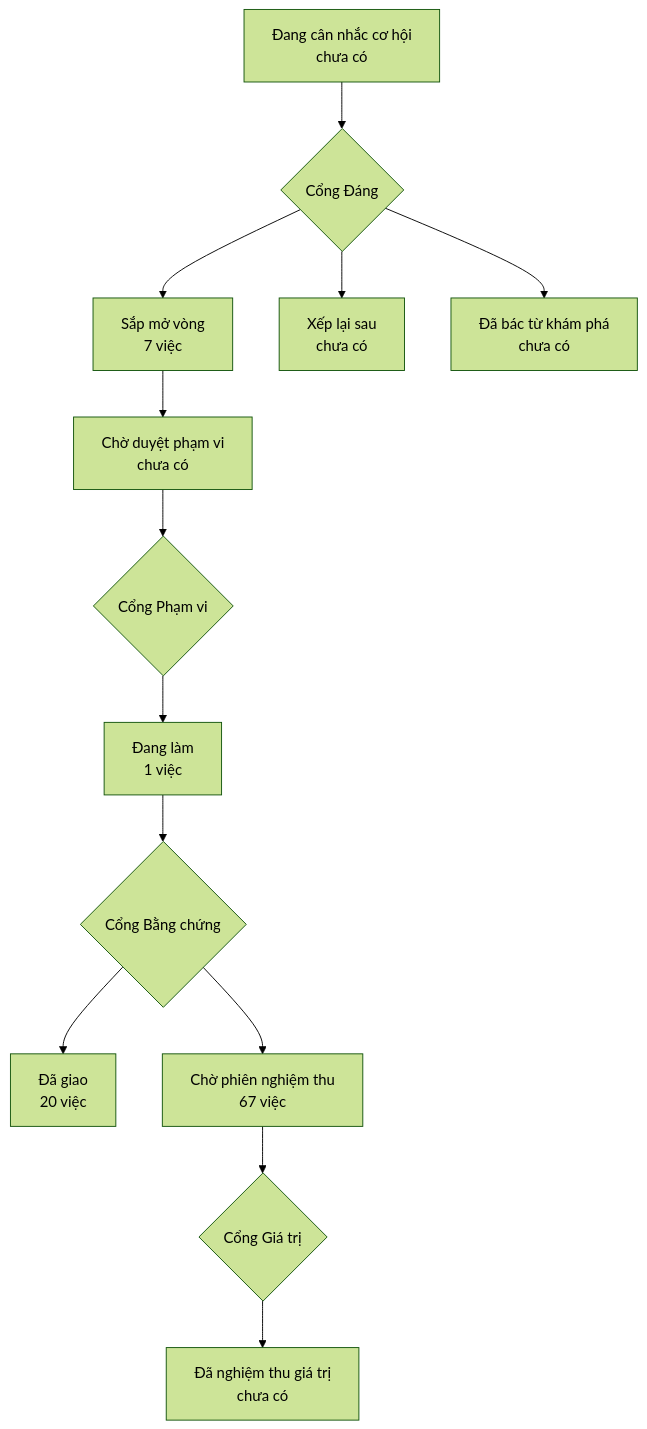
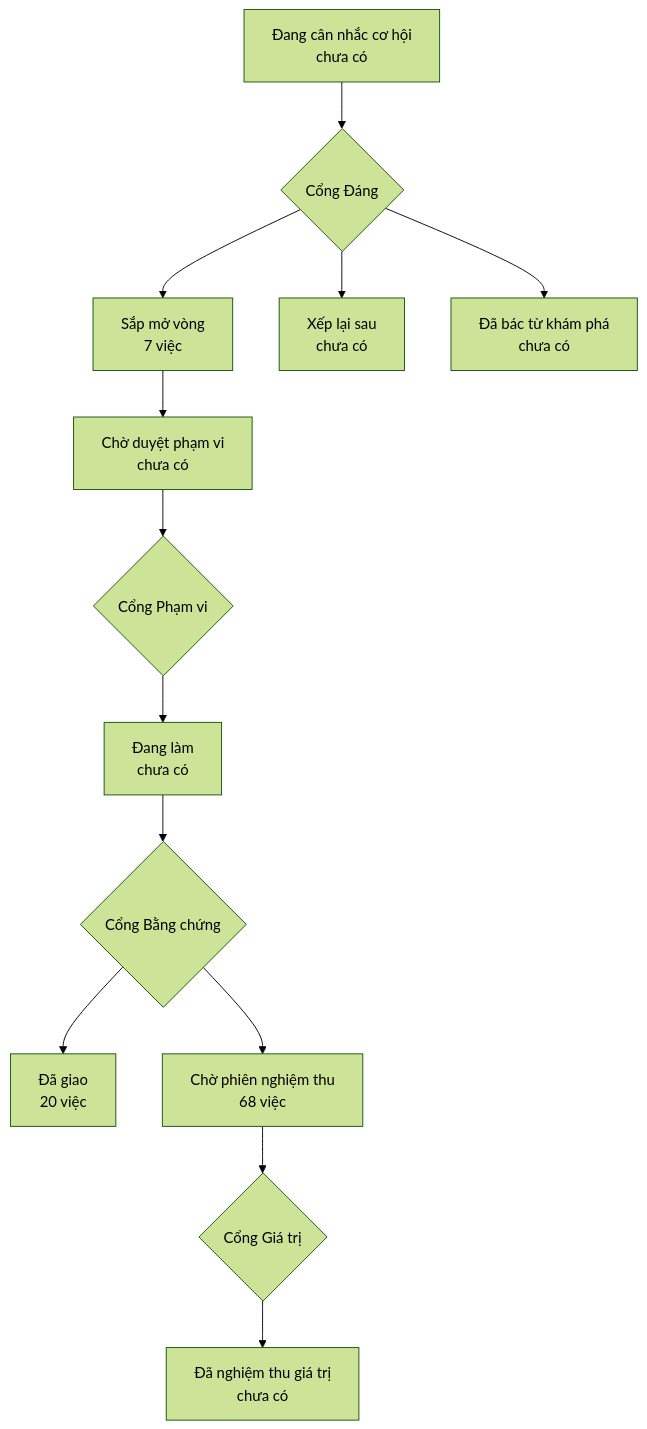
One commit to phanlemanh/onehub-quy-hang changed the diagram in PRODUCT-MAP.md. Above: the diagram before and after it, drawn with Mermaid (forest theme). The commit also changed other lines of this file and 4 other files, not shown here.

````diff
--- a/PRODUCT-MAP.md
+++ b/PRODUCT-MAP.md
@@ -7,12 +7,12 @@
 ```mermaid
 flowchart TD
   A["Đang cân nhắc cơ hội<br/>chưa có"] --> GD{"Cổng Đáng"}
   GD --> B["Sắp mở vòng<br/>7 việc"]
   GD --> XL["Xếp lại sau<br/>chưa có"]
   GD --> DB["Đã bác từ khám phá<br/>chưa có"]
   B --> CD["Chờ duyệt phạm vi<br/>chưa có"] --> GP{"Cổng Phạm vi"}
-  GP --> DL["Đang làm<br/>1 việc"] --> GB{"Cổng Bằng chứng"}
+  GP --> DL["Đang làm<br/>chưa có"] --> GB{"Cổng Bằng chứng"}
   GB --> DG["Đã giao<br/>20 việc"]
-  GB --> CN["Chờ phiên nghiệm thu<br/>67 việc"] --> GG{"Cổng Giá trị"}
+  GB --> CN["Chờ phiên nghiệm thu<br/>68 việc"] --> GG{"Cổng Giá trị"}
   GG --> NT["Đã nghiệm thu giá trị<br/>chưa có"]
 ```
````
